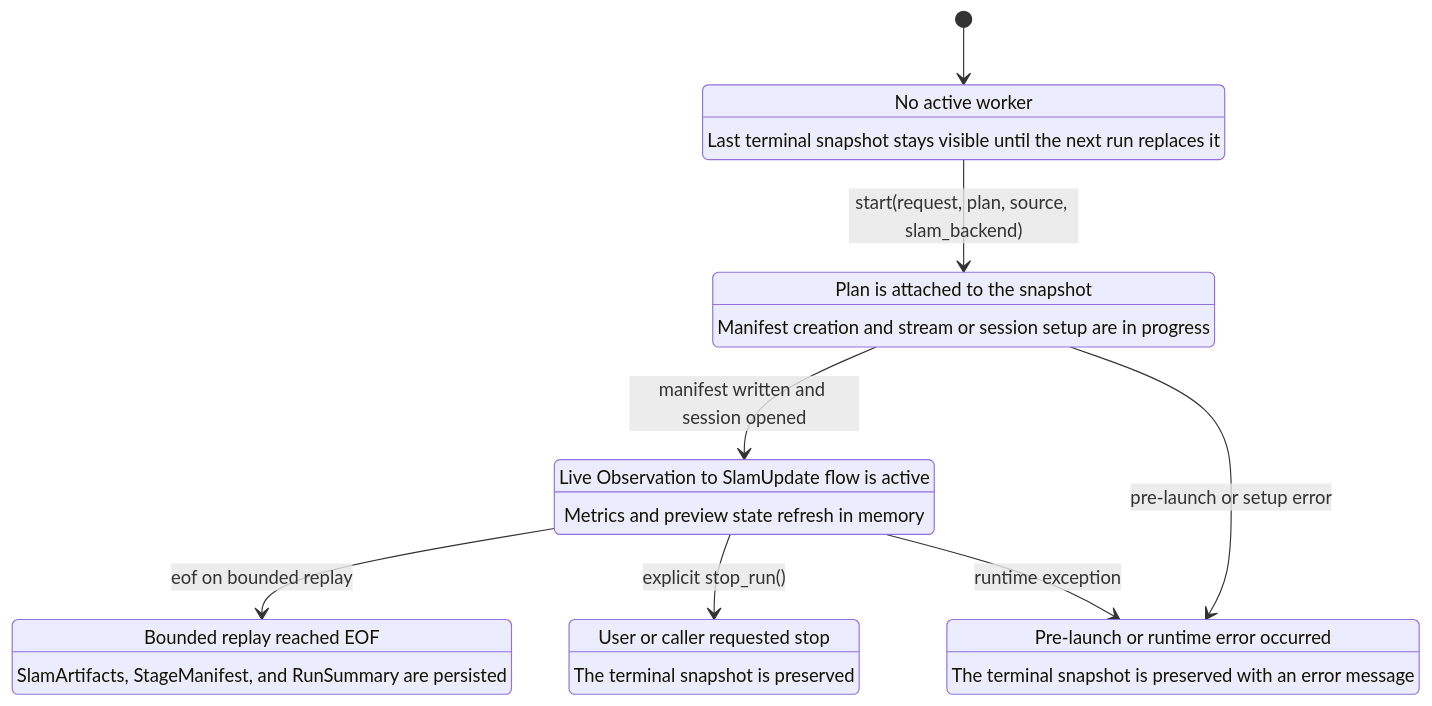
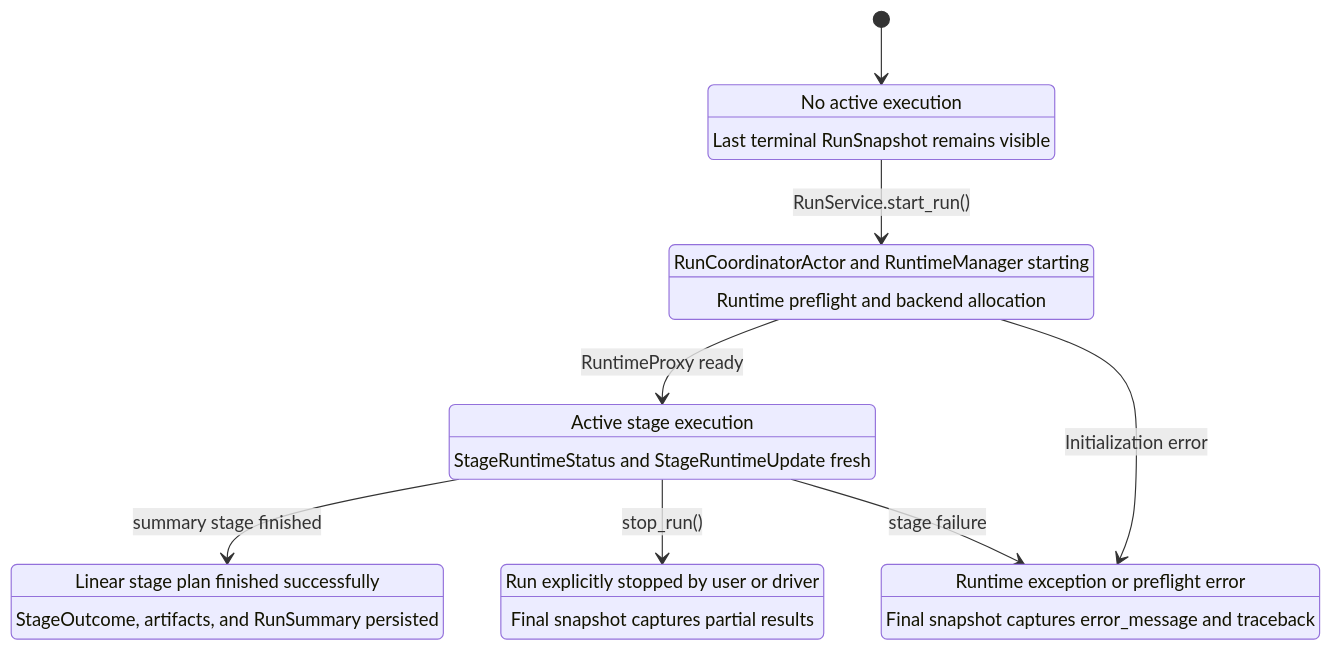
Before and after one commit to JanDuchscherer104/prml-vslam: the diagram in docs/figures/mermaid/mermaid_pipeline_session_state.mmd, drawn with Mermaid. The commit also changed 25 other files, not shown here.

```diff
--- a/docs/figures/mermaid/mermaid_pipeline_session_state.mmd
+++ b/docs/figures/mermaid/mermaid_pipeline_session_state.mmd
@@ -1,28 +1,28 @@
 stateDiagram-v2
     [*] --> Idle
 
-    Idle: No active worker
-    Idle: Last terminal snapshot stays visible until the next run replaces it
+    Idle: No active execution
+    Idle: Last terminal RunSnapshot remains visible
 
-    Connecting: Plan is attached to the snapshot
-    Connecting: Manifest creation and stream or session setup are in progress
+    Initializing: RunCoordinatorActor and RuntimeManager starting
+    Initializing: Runtime preflight and backend allocation
 
-    Running: Live Observation to SlamUpdate flow is active
-    Running: Metrics and preview state refresh in memory
+    Running: Active stage execution
+    Running: StageRuntimeStatus and StageRuntimeUpdate fresh
 
-    Completed: Bounded replay reached EOF
-    Completed: SlamArtifacts, StageManifest, and RunSummary are persisted
+    Completed: Linear stage plan finished successfully
+    Completed: StageOutcome, artifacts, and RunSummary persisted
 
-    Stopped: User or caller requested stop
-    Stopped: The terminal snapshot is preserved
+    Stopped: Run explicitly stopped by user or driver
+    Stopped: Final snapshot captures partial results
 
-    Failed: Pre-launch or runtime error occurred
-    Failed: The terminal snapshot is preserved with an error message
+    Failed: Runtime exception or preflight error
+    Failed: Final snapshot captures error_message and traceback
 
-    Idle --> Connecting: start(request, plan, source, slam_backend)
-    Connecting --> Running: manifest written and session opened
-    Connecting --> Failed: pre-launch or setup error
+    Idle --> Initializing: RunService.start_run()
+    Initializing --> Running: RuntimeProxy ready
+    Initializing --> Failed: Initialization error
 
-    Running --> Completed: eof on bounded replay
-    Running --> Stopped: explicit stop_run()
-    Running --> Failed: runtime exception
+    Running --> Completed: summary stage finished
+    Running --> Stopped: stop_run()
+    Running --> Failed: stage failure
```
